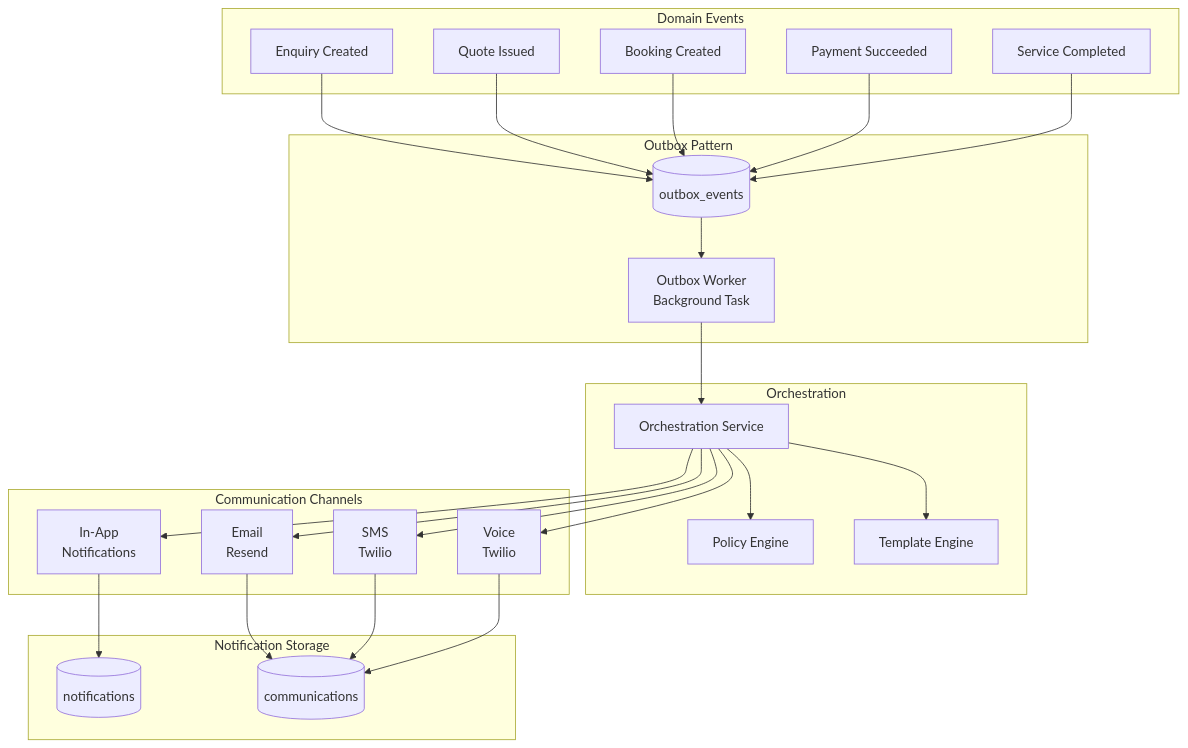
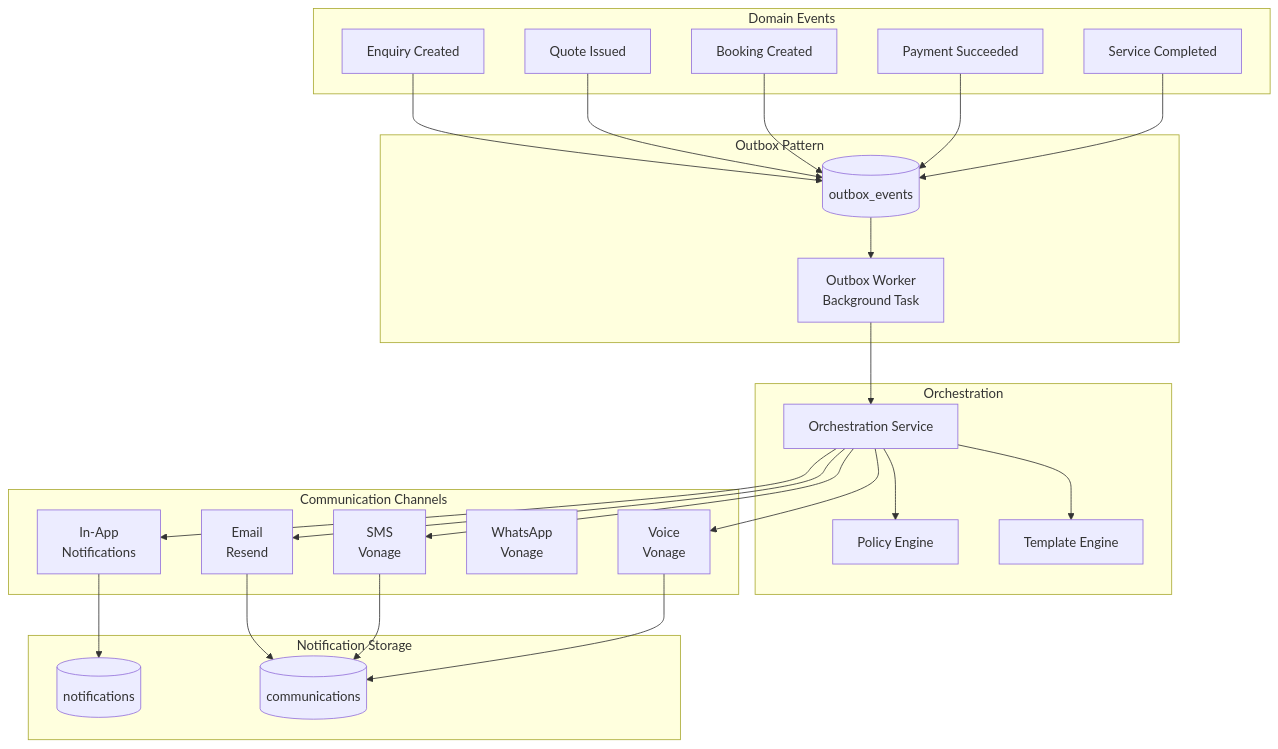
Before and after one commit to infamous-rebel/FIELDed.online: the tenth of 18 diagrams in docs/fielded/ARCHITECTURE-DIAGRAMS.md, drawn with Mermaid. The commit also changed other lines of this file and 18 other files, not shown here.

Commit message:
docs: update production architecture and verification

````diff
--- a/docs/fielded/ARCHITECTURE-DIAGRAMS.md
+++ b/docs/fielded/ARCHITECTURE-DIAGRAMS.md
@@ -759,55 +761,56 @@
 ```mermaid
 graph TB
     subgraph "Domain Events"
         EnquiryCreated[Enquiry Created]
         QuoteIssued[Quote Issued]
         BookingCreated[Booking Created]
         PaymentSucceeded[Payment Succeeded]
         ServiceCompleted[Service Completed]
     end
     
     subgraph "Outbox Pattern"
         OutboxTable[(outbox_events)]
         OutboxWorker[Outbox Worker<br/>Background Task]
     end
     
     subgraph "Orchestration"
         OrchestrationService[Orchestration Service]
         PolicyEngine[Policy Engine]
         TemplateEngine[Template Engine]
     end
     
     subgraph "Communication Channels"
         EmailChannel[Email<br/>Resend]
-        SMSChannel[SMS<br/>Twilio]
-        VoiceChannel[Voice<br/>Twilio]
+        SMSChannel[SMS<br/>Vonage]
+        VoiceChannel[Voice<br/>Vonage]
+        WhatsAppChannel[WhatsApp<br/>Vonage]
         InAppChannel[In-App<br/>Notifications]
     end
     
     subgraph "Notification Storage"
         NotificationsTable[(notifications)]
         CommunicationsTable[(communications)]
     end
     
     EnquiryCreated --> OutboxTable
     QuoteIssued --> OutboxTable
     BookingCreated --> OutboxTable
     PaymentSucceeded --> OutboxTable
     ServiceCompleted --> OutboxTable
     
     OutboxTable --> OutboxWorker
     OutboxWorker --> OrchestrationService
     
     OrchestrationService --> PolicyEngine
     OrchestrationService --> TemplateEngine
     
     OrchestrationService --> EmailChannel
     OrchestrationService --> SMSChannel
     OrchestrationService --> VoiceChannel
     OrchestrationService --> InAppChannel
     
     EmailChannel --> CommunicationsTable
     SMSChannel --> CommunicationsTable
     VoiceChannel --> CommunicationsTable
     InAppChannel --> NotificationsTable
 ```
````
